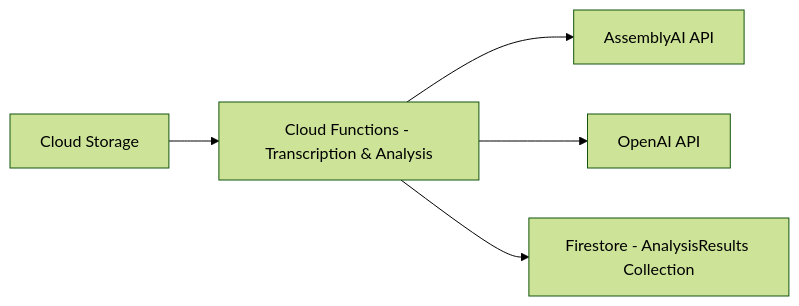
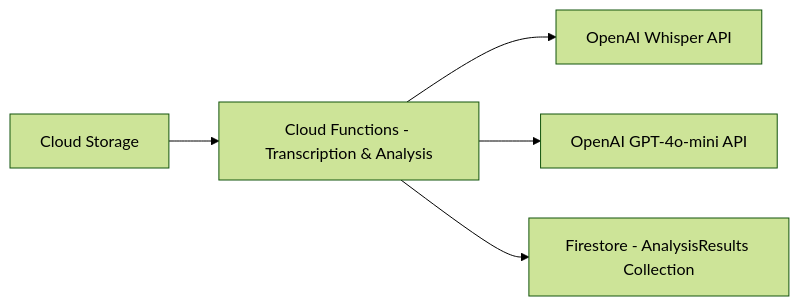
One commit to nyuki0821/voice-transcription-app changed the second of 5 diagrams in docs/mvp_roadmap.md. Above: the diagram before and after it, drawn with Mermaid (forest theme). The commit also changed other lines of this file and 18 other files, not shown here.

Commit message:
AssemblyAI to Whisper

````diff
--- a/docs/mvp_roadmap.md
+++ b/docs/mvp_roadmap.md
@@ -39,7 +39,7 @@
         ```mermaid
         graph LR
             C[Cloud Storage] --> E[Cloud Functions - Transcription & Analysis]
-            E --> F[AssemblyAI API]
-            E --> G[OpenAI API]
+            E --> F[OpenAI Whisper API]
+            E --> G[OpenAI GPT-4o-mini API]
             E --> H[Firestore - AnalysisResults Collection]
         ```
````
